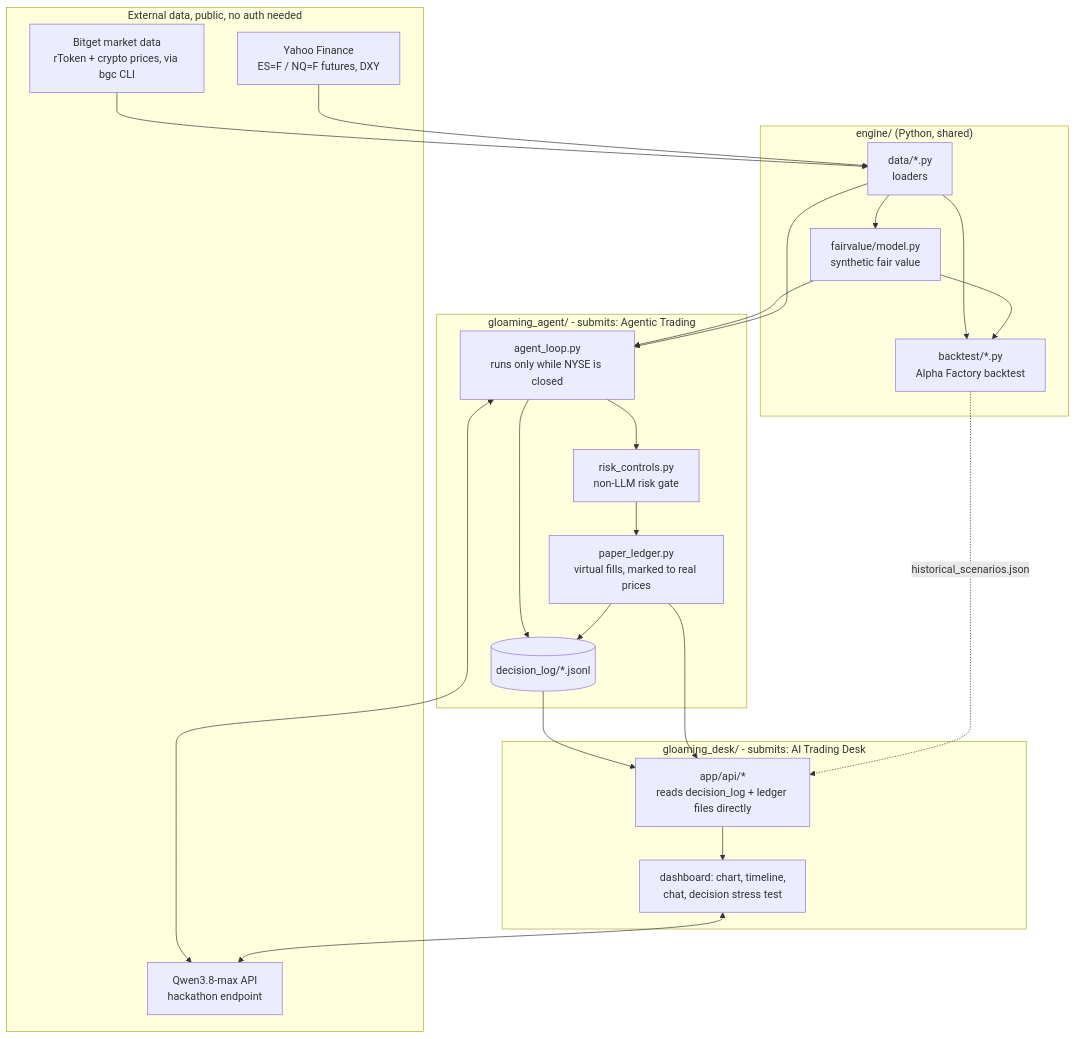
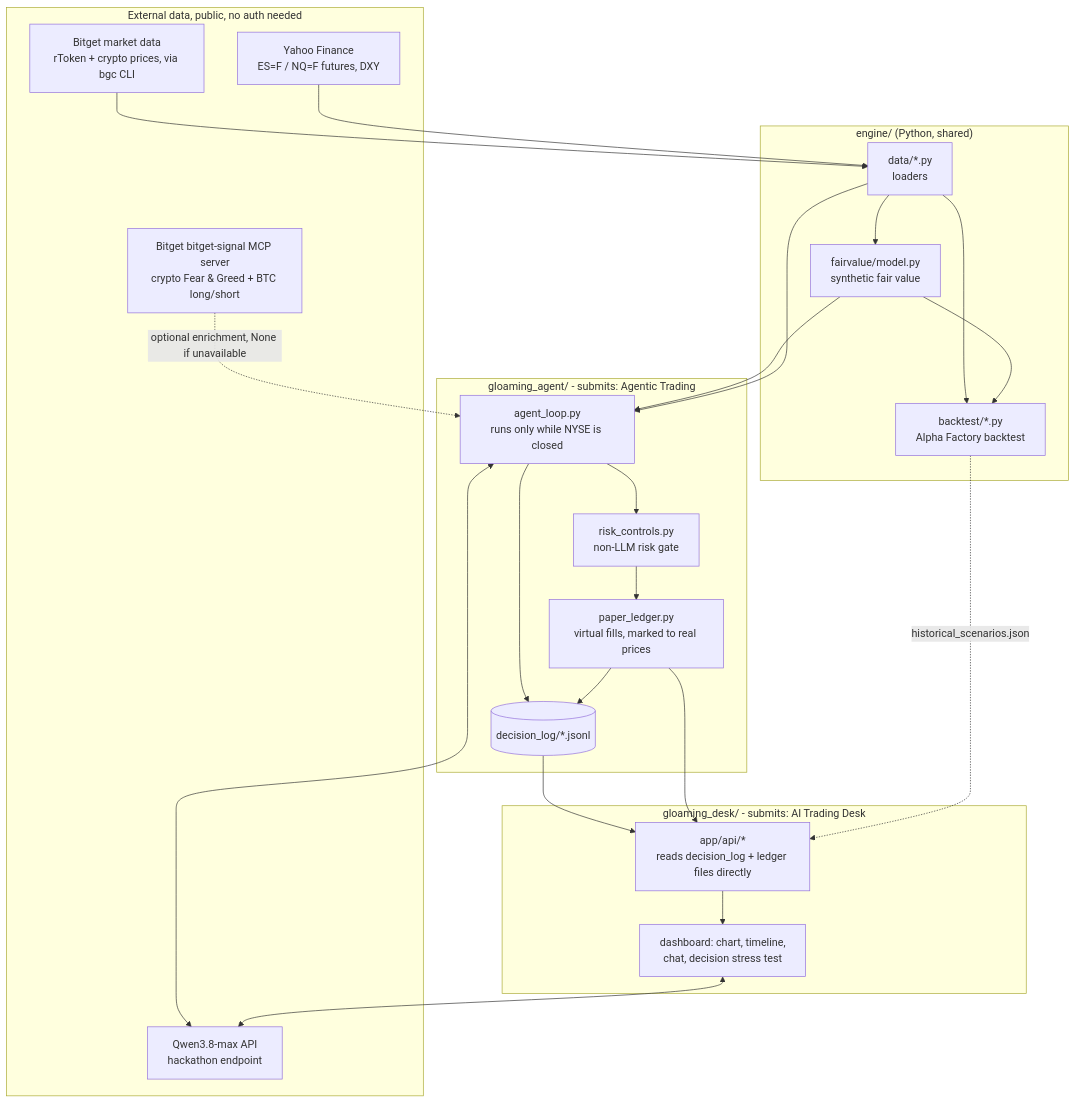
The diagram in docs/architecture.md (angelraph/gloaming), drawn with Mermaid before and after one commit. The commit also changed other lines of this file, not shown here.

First line of the commit message:
Document the real bitget-signal integration in architecture.md

````diff
--- a/docs/architecture.md
+++ b/docs/architecture.md
@@ -5,46 +5,48 @@
 ```mermaid
 flowchart TB
     subgraph ext["External data, public, no auth needed"]
         bitget["Bitget market data<br/>rToken + crypto prices, via bgc CLI"]
         yahoo["Yahoo Finance<br/>ES=F / NQ=F futures, DXY"]
         qwen["Qwen3.8-max API<br/>hackathon endpoint"]
+        signal["Bitget bitget-signal MCP server<br/>crypto Fear & Greed + BTC long/short"]
     end
 
     subgraph engine["engine/ (Python, shared)"]
         data["data/*.py<br/>loaders"]
         fv["fairvalue/model.py<br/>synthetic fair value"]
         bt["backtest/*.py<br/>Alpha Factory backtest"]
     end
 
     bitget --> data
     yahoo --> data
     data --> fv
     data --> bt
     fv --> bt
 
     subgraph agent["gloaming_agent/  -  submits: Agentic Trading"]
         loop["agent_loop.py<br/>runs only while NYSE is closed"]
         risk["risk_controls.py<br/>non-LLM risk gate"]
         ledger["paper_ledger.py<br/>virtual fills, marked to real prices"]
         log[("decision_log/*.jsonl")]
     end
 
     fv --> loop
     data --> loop
+    signal -. "optional enrichment, None if unavailable" .-> loop
     loop <--> qwen
     loop --> risk
     risk --> ledger
     loop --> log
     ledger --> log
 
     subgraph desk["gloaming_desk/  -  submits: AI Trading Desk"]
         api["app/api/*<br/>reads decision_log + ledger files directly"]
         ui["dashboard: chart, timeline,<br/>chat, decision stress test"]
     end
 
     log --> api
     ledger --> api
     bt -. "historical_scenarios.json" .-> api
     api --> ui
     ui <--> qwen
 ```
````
